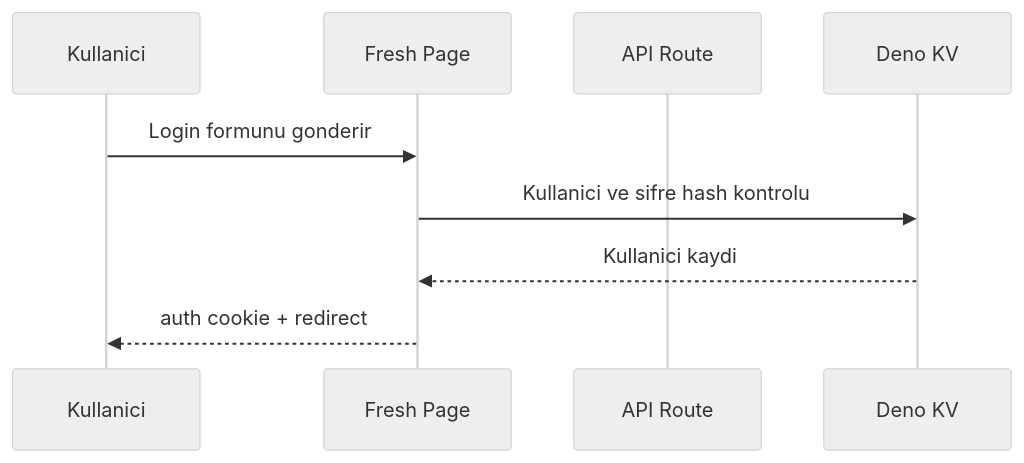
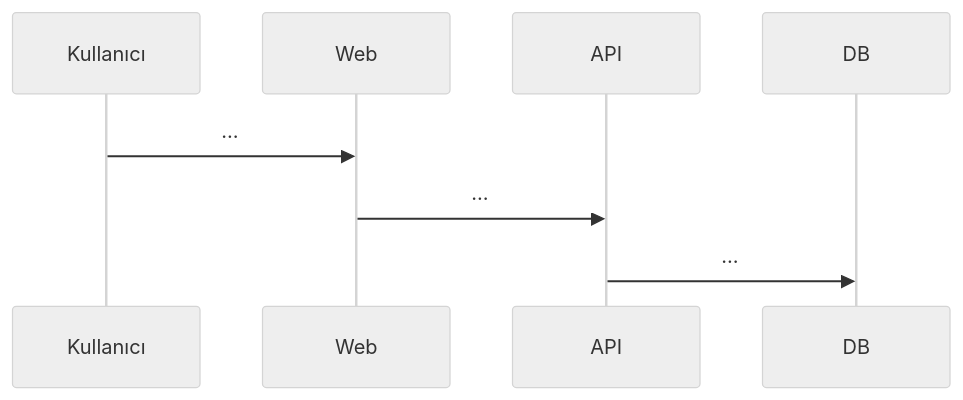
Before and after one commit to delor237/Final-projesi: the third of 5 diagrams in PROJE-RAPORU.md, drawn with Mermaid (neutral theme). The commit also changed other lines of this file, not shown here.

````diff
--- a/PROJE-RAPORU.md
+++ b/PROJE-RAPORU.md
@@ -161,12 +491,11 @@
 ```mermaid
 sequenceDiagram
-    participant U as Kullanici
-    participant W as Fresh Page
-    participant A as API Route
-    participant D as Deno KV
+    participant U as Kullanıcı
+    participant W as Web
+    participant A as API
+    participant D as DB
 
-    U->>W: Login formunu gonderir
-    W->>D: Kullanici ve sifre hash kontrolu
-    D-->>W: Kullanici kaydi
-    W-->>U: auth cookie + redirect
+    U->>W: …
+    W->>A: …
+    A->>D: …
 ```
````
